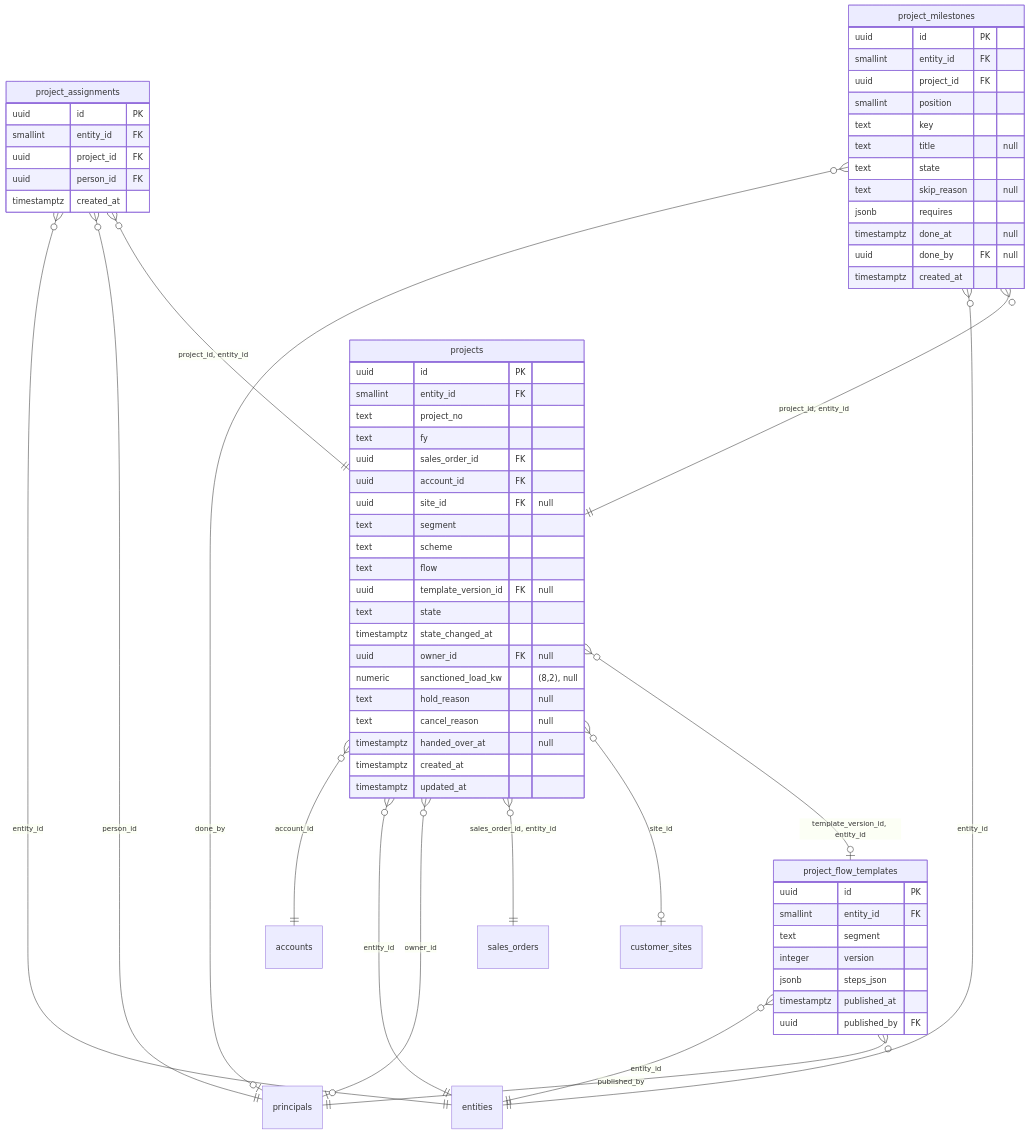
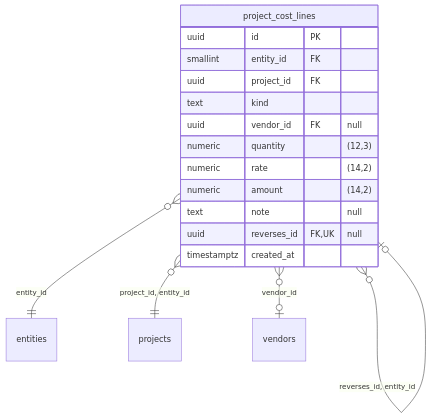
One commit to techaust/shakti_prime changed diagram 11 of 18 in docs/data/erd.md. Above: the diagram before and after it, drawn with Mermaid. The commit also changed 2 other files, not shown here.

Commit message:
docs(data): regenerated for the J6 tables and events
Claude-Session: https://claude.ai/code/session_01VgLMXdCLpwHu14g2we5rdf

````diff
--- a/docs/data/erd.md
+++ b/docs/data/erd.md
@@ -1805,69 +1913,20 @@
 ```mermaid
 erDiagram
-  project_assignments {
+  project_cost_lines {
     uuid id PK
     smallint entity_id FK
     uuid project_id FK
-    uuid person_id FK
+    text kind
+    uuid vendor_id FK "null"
+    numeric quantity "(12,3)"
+    numeric rate "(14,2)"
+    numeric amount "(14,2)"
+    text note "null"
+    uuid reverses_id FK, UK "null"
     timestamptz created_at
   }
-  project_flow_templates {
-    uuid id PK
-    smallint entity_id FK
-    text segment
-    integer version
-    jsonb steps_json
-    timestamptz published_at
-    uuid published_by FK
-  }
-  project_milestones {
-    uuid id PK
-    smallint entity_id FK
-    uuid project_id FK
-    smallint position
-    text key
-    text title "null"
-    text state
-    text skip_reason "null"
-    jsonb requires
-    timestamptz done_at "null"
-    uuid done_by FK "null"
-    timestamptz created_at
-  }
-  projects {
-    uuid id PK
-    smallint entity_id FK
-    text project_no
-    text fy
-    uuid sales_order_id FK
-    uuid account_id FK
-    uuid site_id FK "null"
-    text segment
-    text scheme
-    text flow
-    uuid template_version_id FK "null"
-    text state
-    timestamptz state_changed_at
-    uuid owner_id FK "null"
-    numeric sanctioned_load_kw "(8,2), null"
-    text hold_reason "null"
-    text cancel_reason "null"
-    timestamptz handed_over_at "null"
-    timestamptz created_at
-    timestamptz updated_at
-  }
-  project_assignments }o--|| entities : "entity_id"
-  project_assignments }o--|| principals : "person_id"
-  project_assignments }o--|| projects : "project_id, entity_id"
-  project_flow_templates }o--|| entities : "entity_id"
-  project_flow_templates }o--|| principals : "published_by"
-  project_milestones }o--o| principals : "done_by"
-  project_milestones }o--|| entities : "entity_id"
-  project_milestones }o--|| projects : "project_id, entity_id"
-  projects }o--|| accounts : "account_id"
-  projects }o--|| entities : "entity_id"
-  projects }o--o| principals : "owner_id"
-  projects }o--|| sales_orders : "sales_order_id, entity_id"
-  projects }o--o| customer_sites : "site_id"
-  projects }o--o| project_flow_templates : "template_version_id, entity_id"
+  project_cost_lines }o--|| entities : "entity_id"
+  project_cost_lines }o--|| projects : "project_id, entity_id"
+  project_cost_lines }o--o| project_cost_lines : "reverses_id, entity_id"
+  project_cost_lines }o--o| vendors : "vendor_id"
 ```
````
